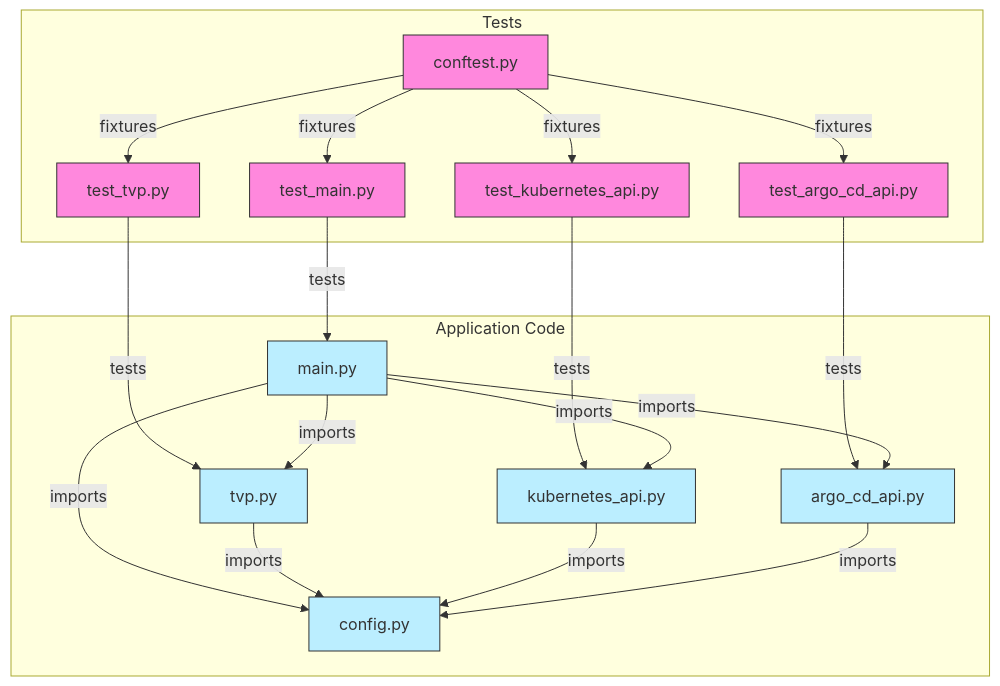
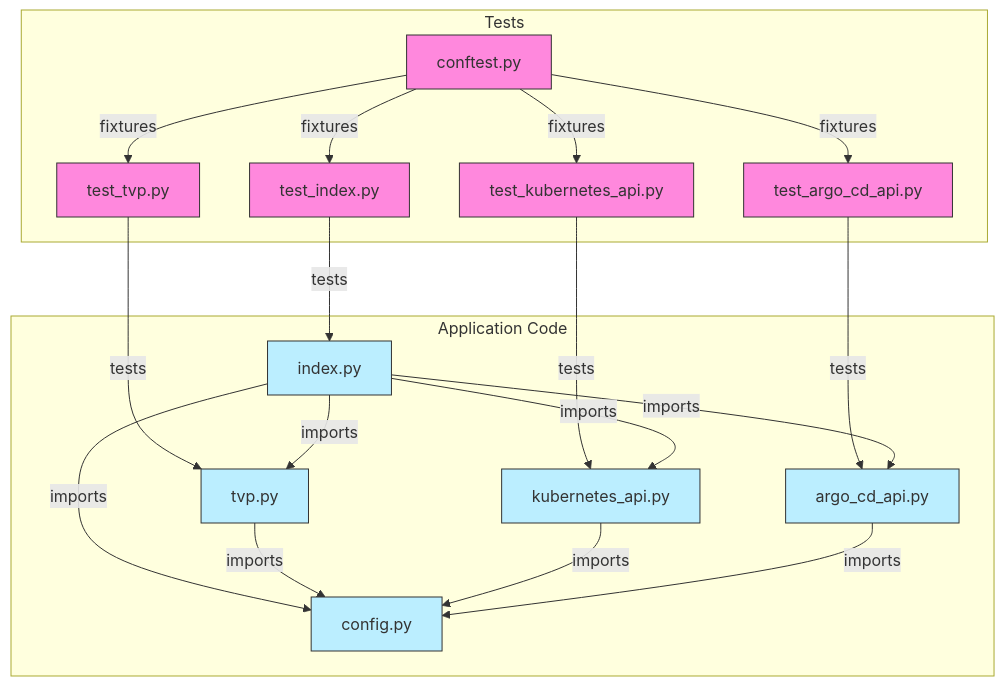
Before and after one commit to lloydchang/tvp-k8s: diagram 11 of 11 in README.md, drawn with Mermaid. The commit also changed other lines of this file and 33 other files, not shown here.

````diff
--- a/README.md
+++ b/README.md
@@ -916,43 +916,43 @@
 ```mermaid
 flowchart TD
     subgraph Tests
         conftest[conftest.py]
-        test_main[test_main.py]
+        test_index[test_index.py]
         test_tvp[test_tvp.py]
         test_kubernetes[test_kubernetes_api.py]
         test_argo[test_argo_cd_api.py]
     end
 
     subgraph "Application Code"
-        main[main.py]
+        main[index.py]
         tvp[tvp.py]
         kubernetes[kubernetes_api.py]
         argo[argo_cd_api.py]
         config[config.py]
     end
 
-    conftest --> |fixtures| test_main
+    conftest --> |fixtures| test_index
     conftest --> |fixtures| test_tvp
     conftest --> |fixtures| test_kubernetes
     conftest --> |fixtures| test_argo
 
-    test_main --> |tests| main
+    test_index --> |tests| main
     test_tvp --> |tests| tvp
     test_kubernetes --> |tests| kubernetes
     test_argo --> |tests| argo
 
     main --> |imports| tvp
     main --> |imports| kubernetes
     main --> |imports| argo
     main --> |imports| config
 
     tvp --> |imports| config
     kubernetes --> |imports| config
     argo --> |imports| config
 
     classDef testFile fill:#f8d,stroke:#333,stroke-width:1px
     classDef appFile fill:#bef,stroke:#333,stroke-width:1px
     
-    class conftest,test_main,test_tvp,test_kubernetes,test_argo testFile
+    class conftest,test_index,test_tvp,test_kubernetes,test_argo testFile
     class main,tvp,kubernetes,argo,config appFile
 ```
````
